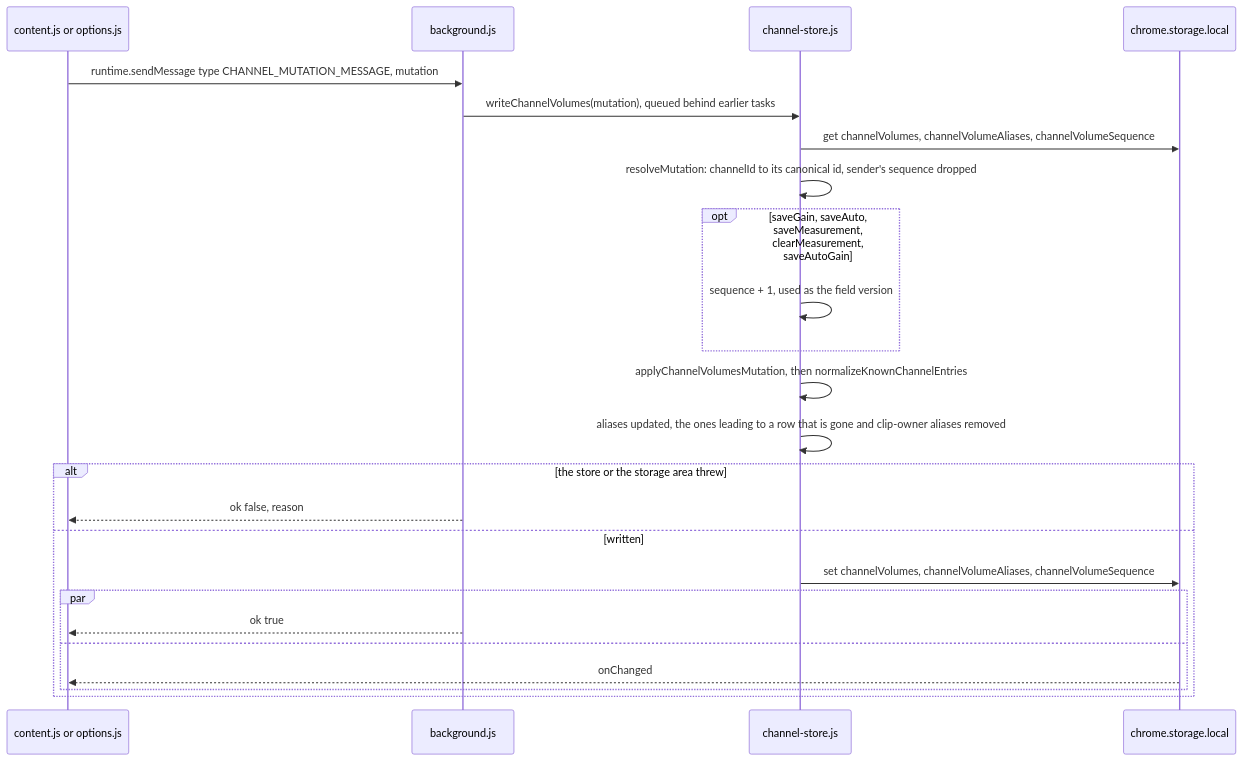
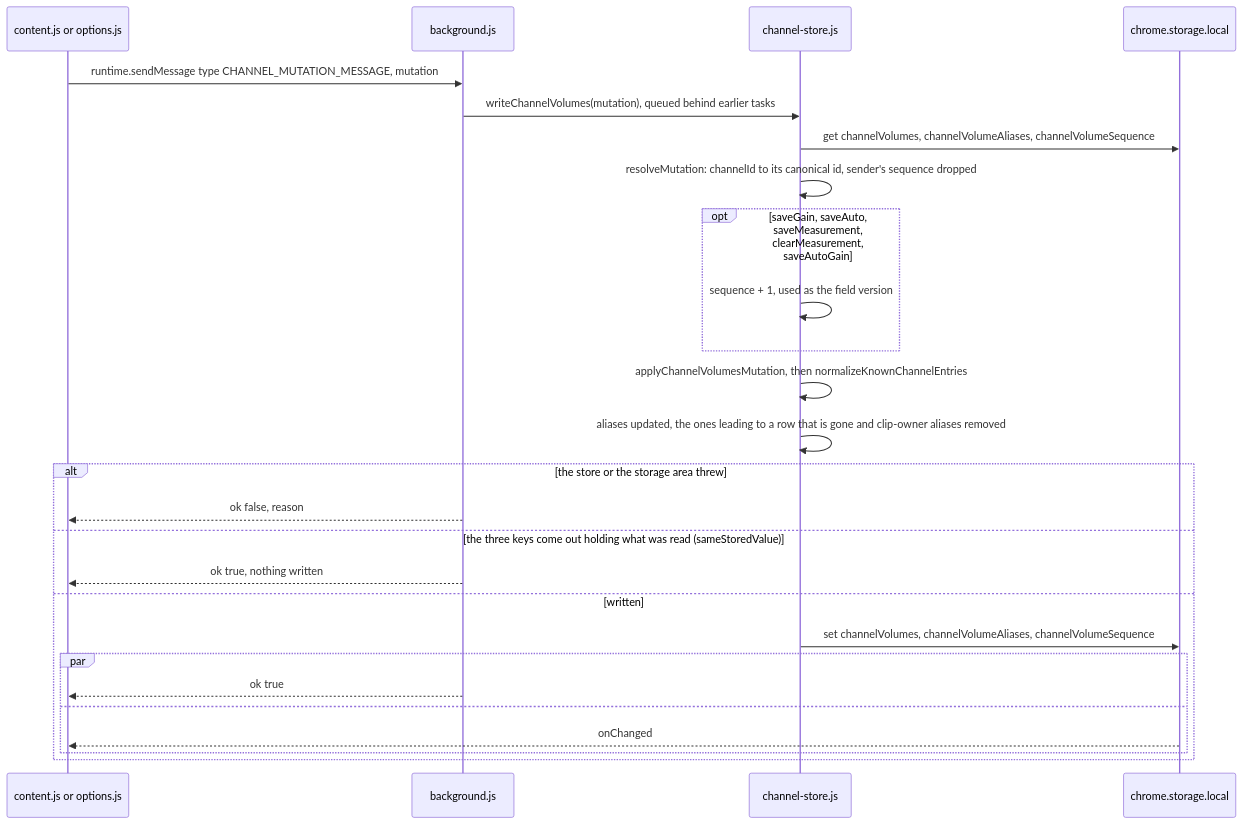
Before and after one commit to semnil/twitch-channel-volume: the second of 17 diagrams in docs/gain-change-and-save.md, drawn with Mermaid. The commit also changed other lines of this file and 5 other files, not shown here.

````diff
--- a/docs/gain-change-and-save.md
+++ b/docs/gain-change-and-save.md
@@ -93,26 +93,28 @@
 ```mermaid
 sequenceDiagram
   participant sender as content.js or options.js
   participant sw as background.js
   participant store as channel-store.js
   participant storage as chrome.storage.local
   sender->>sw: runtime.sendMessage type CHANNEL_MUTATION_MESSAGE, mutation
   sw->>store: writeChannelVolumes(mutation), queued behind earlier tasks
   store->>storage: get channelVolumes, channelVolumeAliases, channelVolumeSequence
   store->>store: resolveMutation: channelId to its canonical id, sender's sequence dropped
   opt saveGain, saveAuto, saveMeasurement, clearMeasurement, saveAutoGain
     store->>store: sequence + 1, used as the field version
   end
   store->>store: applyChannelVolumesMutation, then normalizeKnownChannelEntries
   store->>store: aliases updated, the ones leading to a row that is gone and clip-owner aliases removed
   alt the store or the storage area threw
     sw-->>sender: ok false, reason
+  else the three keys come out holding what was read (sameStoredValue)
+    sw-->>sender: ok true, nothing written
   else written
     store->>storage: set channelVolumes, channelVolumeAliases, channelVolumeSequence
     par
       sw-->>sender: ok true
     and
       storage-->>sender: onChanged
     end
   end
 ```
````
